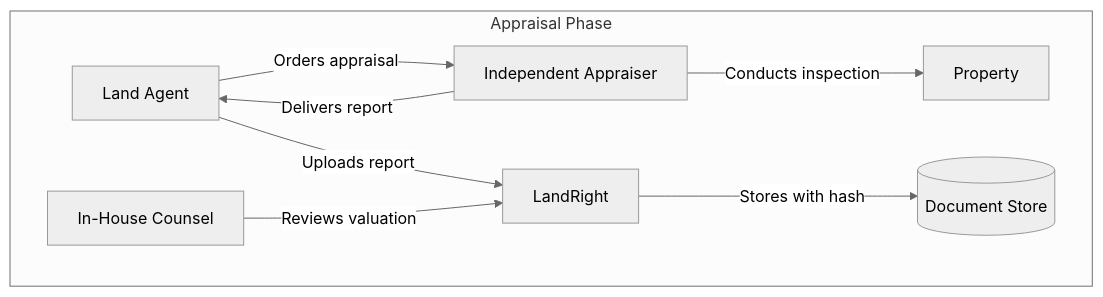
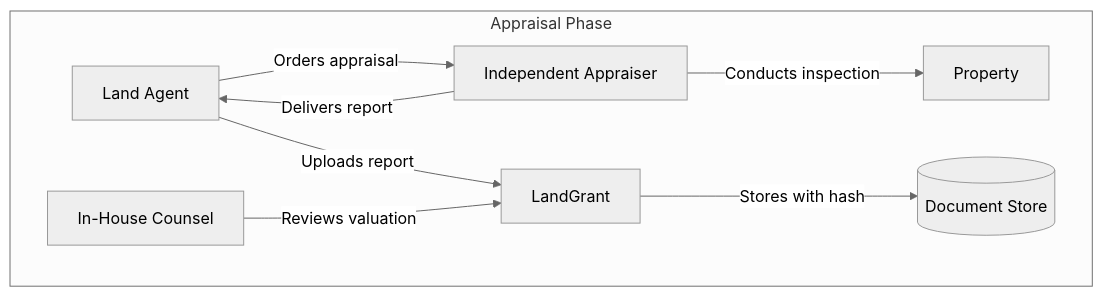
One commit to bennieking05/landgrant-mono changed the second of 9 diagrams in docs/eminent-domain-workflow.md. Above: the diagram before and after it, drawn with Mermaid (neutral theme). The commit also changed other lines of this file and 272 other files, not shown here.

First line of the commit message:
Rebrand to LandGrant and ship Phase 2/3 platform hardening

````diff
--- a/docs/eminent-domain-workflow.md
+++ b/docs/eminent-domain-workflow.md
@@ -52,11 +52,11 @@
 ```mermaid
 flowchart TD
     subgraph appraisal [Appraisal Phase]
         Agent[Land Agent] -->|Orders appraisal| Appraiser[Independent Appraiser]
         Appraiser -->|Conducts inspection| Parcel[Property]
         Appraiser -->|Delivers report| Agent
-        Agent -->|Uploads report| LR[LandRight]
+        Agent -->|Uploads report| LR[LandGrant]
         LR -->|Stores with hash| DB[(Document Store)]
         Counsel[In-House Counsel] -->|Reviews valuation| LR
     end
 ```
````
